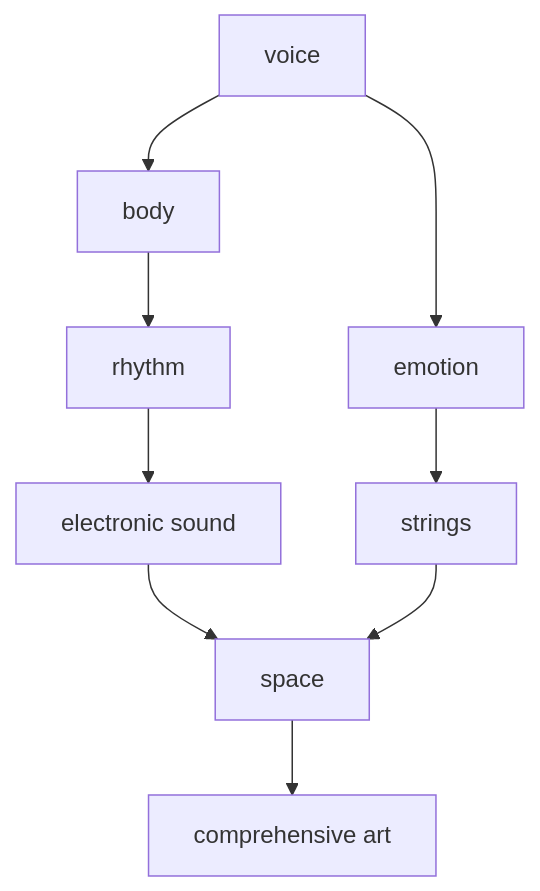
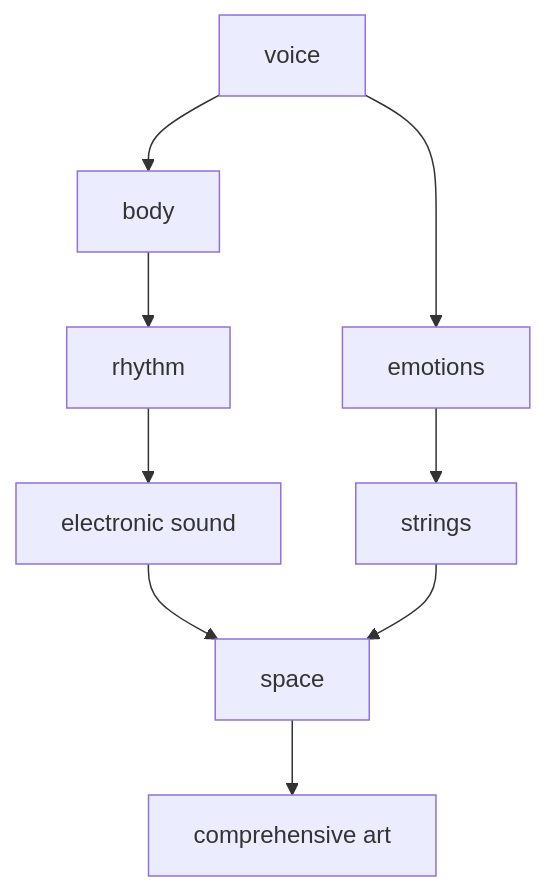
One commit to monumental-movement/monumental-movement.github.io changed the second of 2 diagrams in en/_posts/2026-04-11-column-bjork.md. Above: the diagram before and after it, drawn with Mermaid. The commit also changed other lines of this file and 399 other files, not shown here.

```diff
--- a/en/_posts/2026-04-11-column-bjork.md
+++ b/en/_posts/2026-04-11-column-bjork.md
@@ -162,11 +162,11 @@
 <div class="mermaid">
 flowchart TD
-A[voice] --> B[emotion]
+A[voice] --> B[emotions]
 A --> C[body]
 C --> D[rhythm]
 D --> E[electronic sound]
 B --> F[strings]
 E --> G[space]
 F --> G
 G --> H[comprehensive art]
 </div>
```
